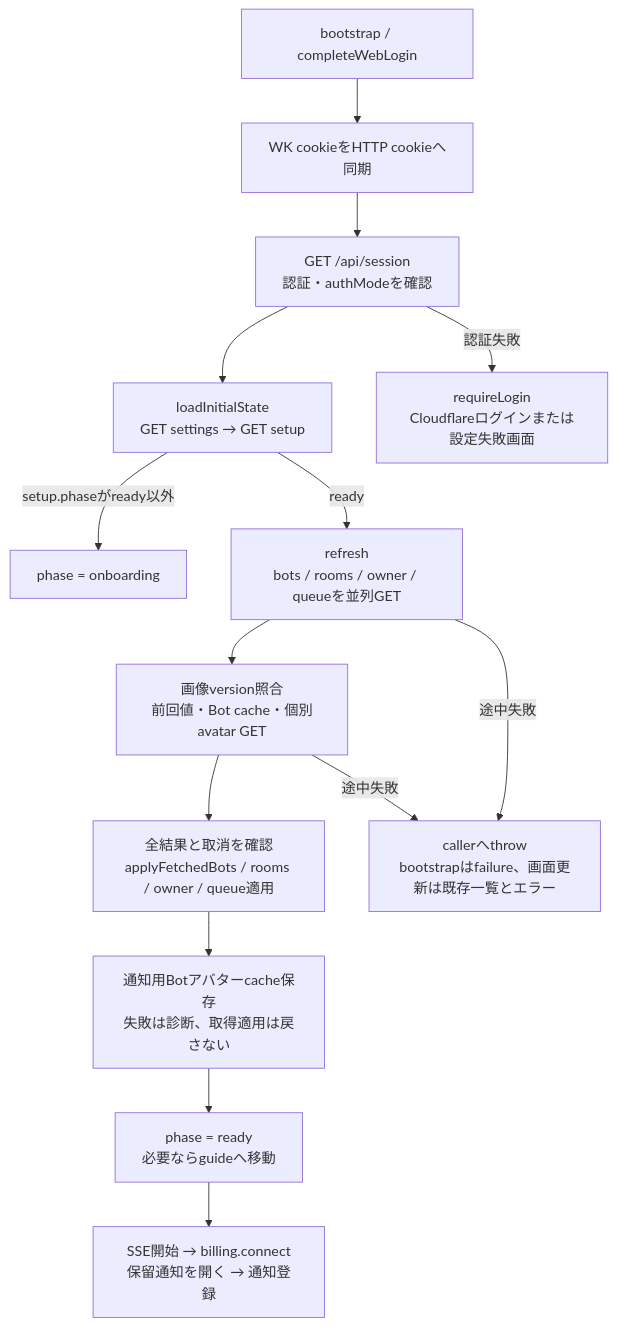
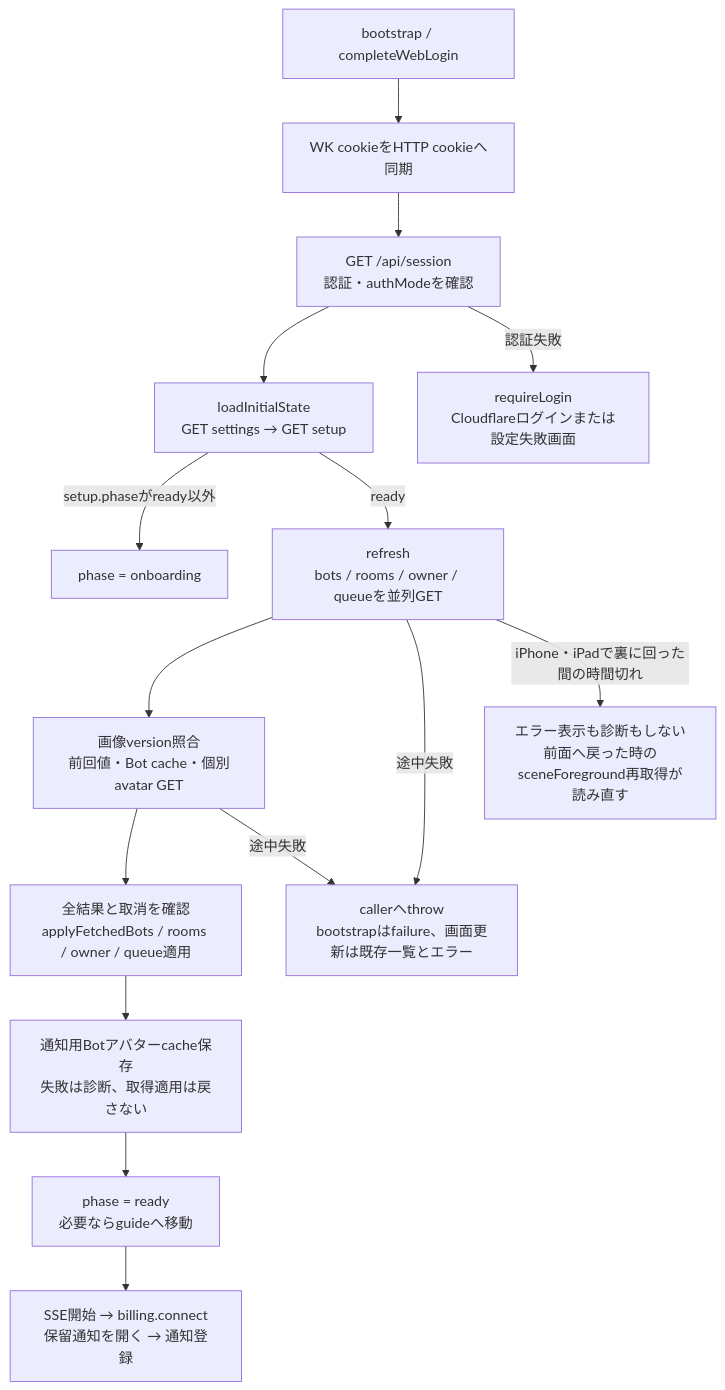
Before and after one commit to kitepon/BellTeam: the first of 3 diagrams in docs/architecture/modules/apple/state-and-sync.md, drawn with Mermaid. The commit also changed other lines of this file and 3 other files, not shown here.

````diff
--- a/docs/architecture/modules/apple/state-and-sync.md
+++ b/docs/architecture/modules/apple/state-and-sync.md
@@ -24,16 +24,17 @@
 ```mermaid
 flowchart TD
   Entry["bootstrap / completeWebLogin"] --> Cookie["WK cookieをHTTP cookieへ同期"]
   Cookie --> Session["GET /api/session<br/>認証・authModeを確認"]
   Session --> Initial["loadInitialState<br/>GET settings → GET setup"]
   Initial -->|"setup.phaseがready以外"| Onboard["phase = onboarding"]
   Initial -->|"ready"| Refresh["refresh<br/>bots / rooms / owner / queueを並列GET"]
   Refresh --> Avatar["画像version照合<br/>前回値・Bot cache・個別avatar GET"]
   Avatar --> Apply["全結果と取消を確認<br/>applyFetchedBots / rooms / owner / queue適用"]
   Apply --> Cache["通知用Botアバターcache保存<br/>失敗は診断、取得適用は戻さない"]
   Cache --> Ready["phase = ready<br/>必要ならguideへ移動"]
   Ready --> Connect["SSE開始 → billing.connect<br/>保留通知を開く → 通知登録"]
   Session -->|"認証失敗"| Login["requireLogin<br/>Cloudflareログインまたは設定失敗画面"]
   Refresh -->|"途中失敗"| Fail["callerへthrow<br/>bootstrapはfailure、画面更新は既存一覧とエラー"]
   Avatar -->|"途中失敗"| Fail
+  Refresh -->|"iPhone・iPadで裏に回った間の時間切れ"| Suspended["エラー表示も診断もしない<br/>前面へ戻った時のsceneForeground再取得が読み直す"]
 ```
````
